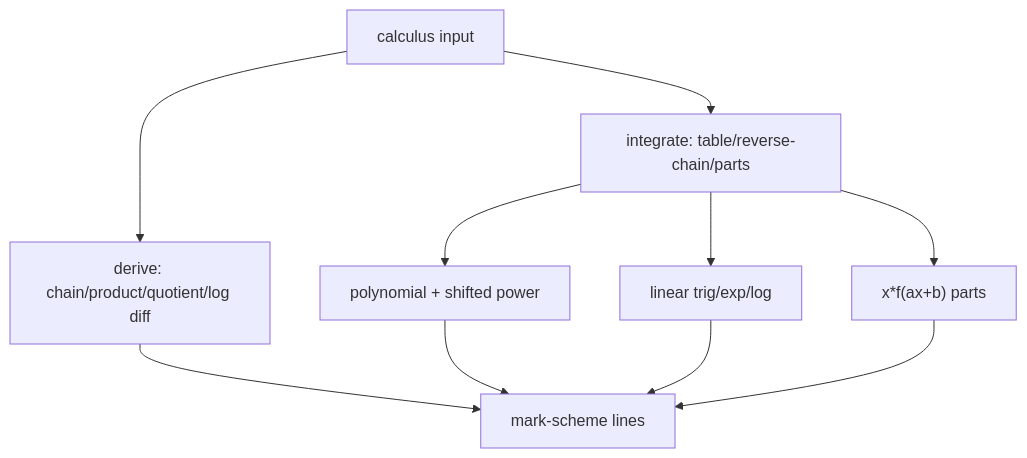
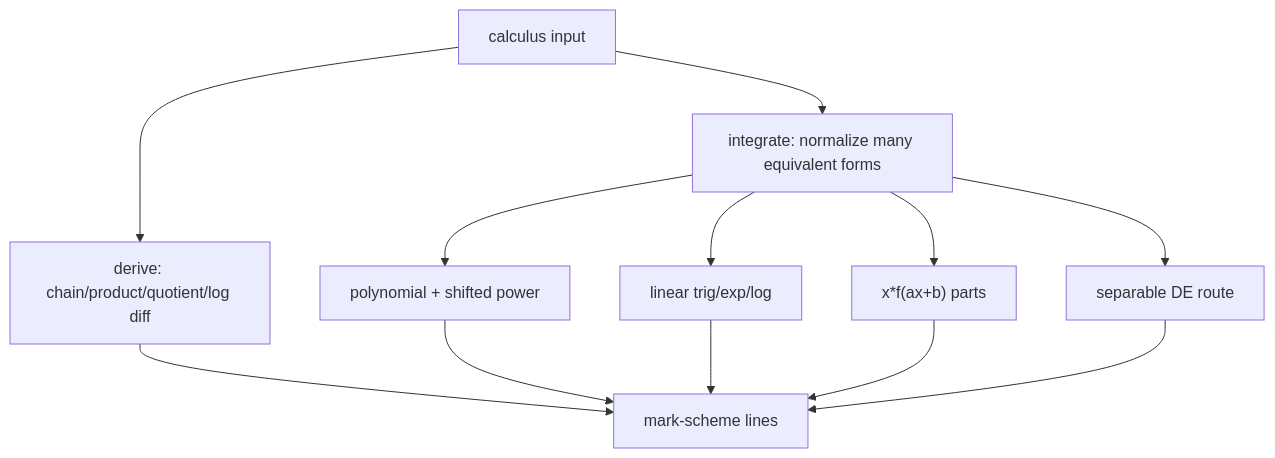
Before and after one commit to james8464/notes-addin-casio-fx-cg50: the third of 5 diagrams in c++/GRAPH.md, drawn with Mermaid. The commit also changed other lines of this file and 11 other files, not shown here.

````diff
--- a/c++/GRAPH.md
+++ b/c++/GRAPH.md
@@ -50,12 +56,14 @@
 ```mermaid
 graph TD
   Calc["calculus input"] --> D["derive: chain/product/quotient/log diff"]
-  Calc --> I["integrate: table/reverse-chain/parts"]
+  Calc --> I["integrate: normalize many equivalent forms"]
   I --> P["polynomial + shifted power"]
   I --> T["linear trig/exp/log"]
   I --> B["x*f(ax+b) parts"]
+  I --> DE["separable DE route"]
   D --> W["mark-scheme lines"]
   P --> W
   T --> W
   B --> W
+  DE --> W
 ```
````
